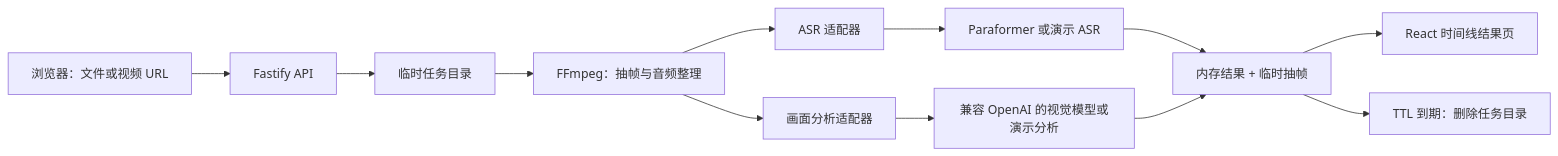
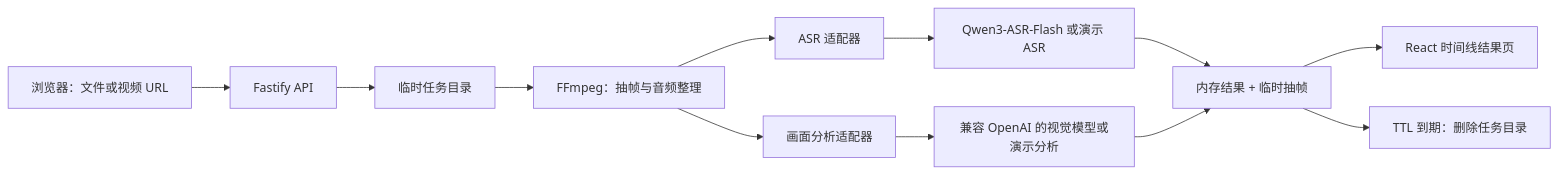
The diagram in docs/plans/2026-08-09-video-analysis-design.md (yuxino/ding-frame), drawn with Mermaid before and after one commit. The commit also changed other lines of this file and 20 other files, not shown here.

Commit message:
feat: finish no-bucket video analysis flow

````diff
--- a/docs/plans/2026-08-09-video-analysis-design.md
+++ b/docs/plans/2026-08-09-video-analysis-design.md
@@ -13,14 +13,14 @@
 ```mermaid
 flowchart LR
   U[浏览器：文件或视频 URL] --> A[Fastify API]
   A --> T[临时任务目录]
   T --> F[FFmpeg：抽帧与音频整理]
   F --> S[ASR 适配器]
-  S --> P[Paraformer 或演示 ASR]
+  S --> P[Qwen3-ASR-Flash 或演示 ASR]
   F --> V[画面分析适配器]
   V --> Q[兼容 OpenAI 的视觉模型或演示分析]
   P --> R[内存结果 + 临时抽帧]
   Q --> R
   R --> W[React 时间线结果页]
   R --> X[TTL 到期：删除任务目录]
 ```
````
